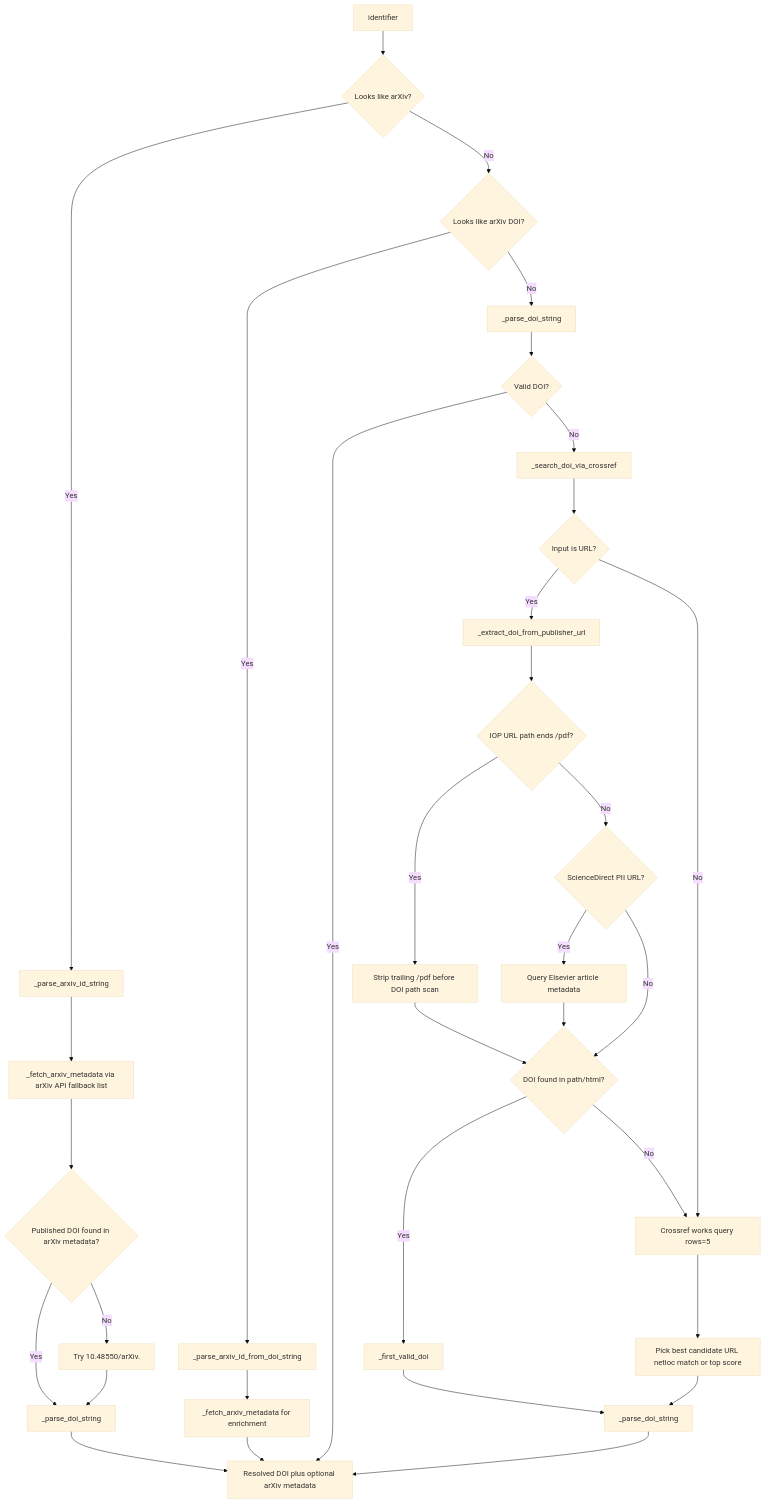
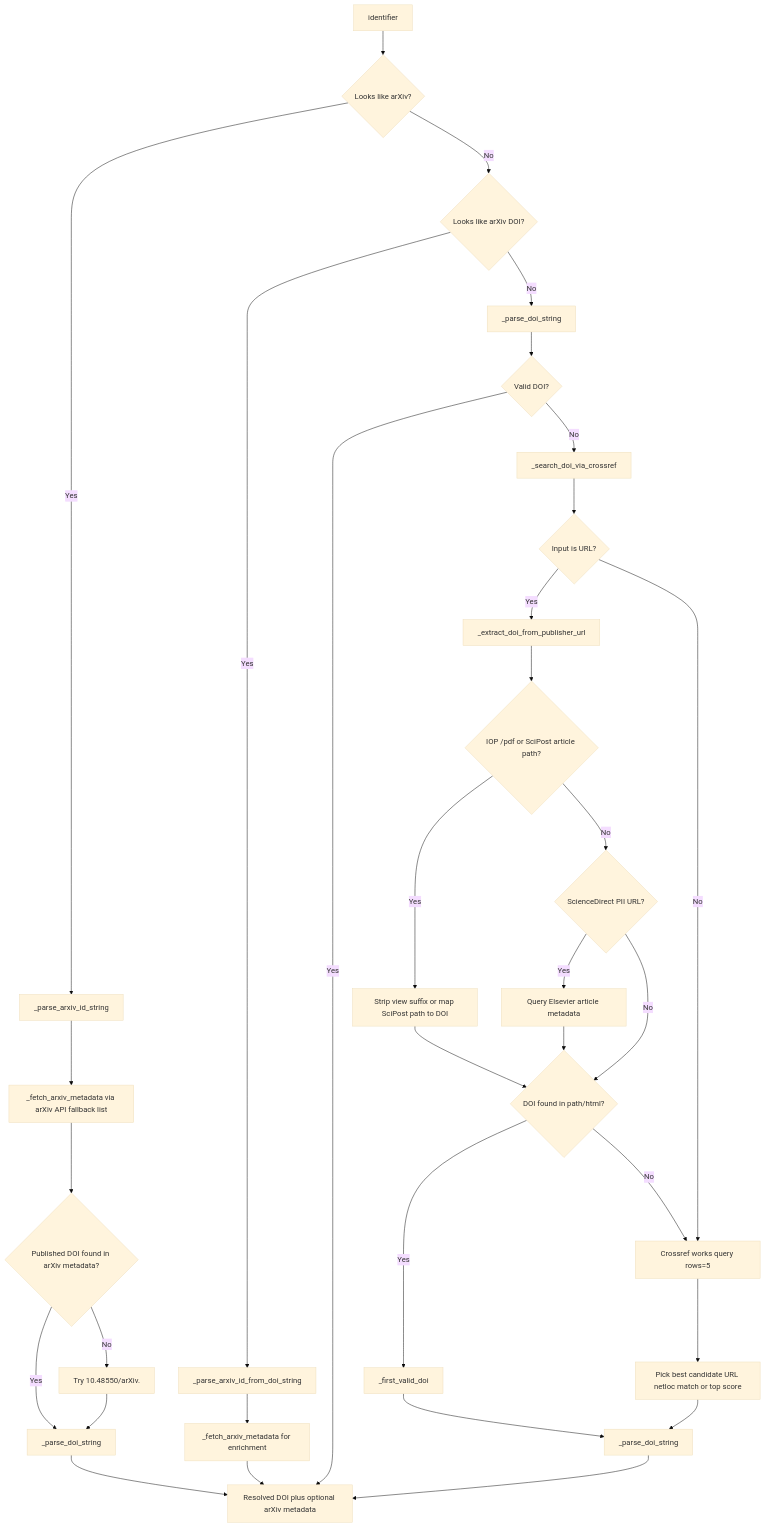
One commit to archisman-panigrahi/doi2bib3 changed the second of 4 diagrams in docs/ALGORITHM_VISUALS.md. Above: the diagram before and after it, drawn with Mermaid (base theme). The commit also changed 4 other files, not shown here.

````diff
--- a/docs/ALGORITHM_VISUALS.md
+++ b/docs/ALGORITHM_VISUALS.md
@@ -24,38 +24,38 @@
 ```mermaid
 flowchart TD
     A[identifier] --> B{Looks like arXiv?}
     B -->|Yes| C[_parse_arxiv_id_string]
     C --> D[_fetch_arxiv_metadata via arXiv API fallback list]
     D --> E{Published DOI found in arXiv metadata?}
     E -->|Yes| F[_parse_doi_string]
     E -->|No| G[Try 10.48550/arXiv.<id_without_version>]
     G --> F
 
     B -->|No| H{Looks like arXiv DOI?}
     H -->|Yes| I[_parse_arxiv_id_from_doi_string]
     I --> J[_fetch_arxiv_metadata for enrichment]
     J --> Z[Resolved DOI plus optional arXiv metadata]
 
     H -->|No| K[_parse_doi_string]
     K --> L{Valid DOI?}
     L -->|Yes| Z
     L -->|No| M[_search_doi_via_crossref]
 
     M --> N{Input is URL?}
     N -->|Yes| O[_extract_doi_from_publisher_url]
-    O --> W{IOP URL path ends /pdf?}
-    W -->|Yes| X[Strip trailing /pdf before DOI path scan]
+    O --> W{IOP /pdf or SciPost article path?}
+    W -->|Yes| X[Strip view suffix or map SciPost path to DOI]
     W -->|No| U{ScienceDirect PII URL?}
     X --> P
     U -->|Yes| V[Query Elsevier article metadata]
     U -->|No| P{DOI found in path/html?}
     V --> P
     P -->|Yes| Q[_first_valid_doi]
     P -->|No| R[Crossref works query rows=5]
     N -->|No| R
     R --> S[Pick best candidate URL netloc match or top score]
     S --> T[_parse_doi_string]
     Q --> T
     F --> Z
     T --> Z
 ```
````
